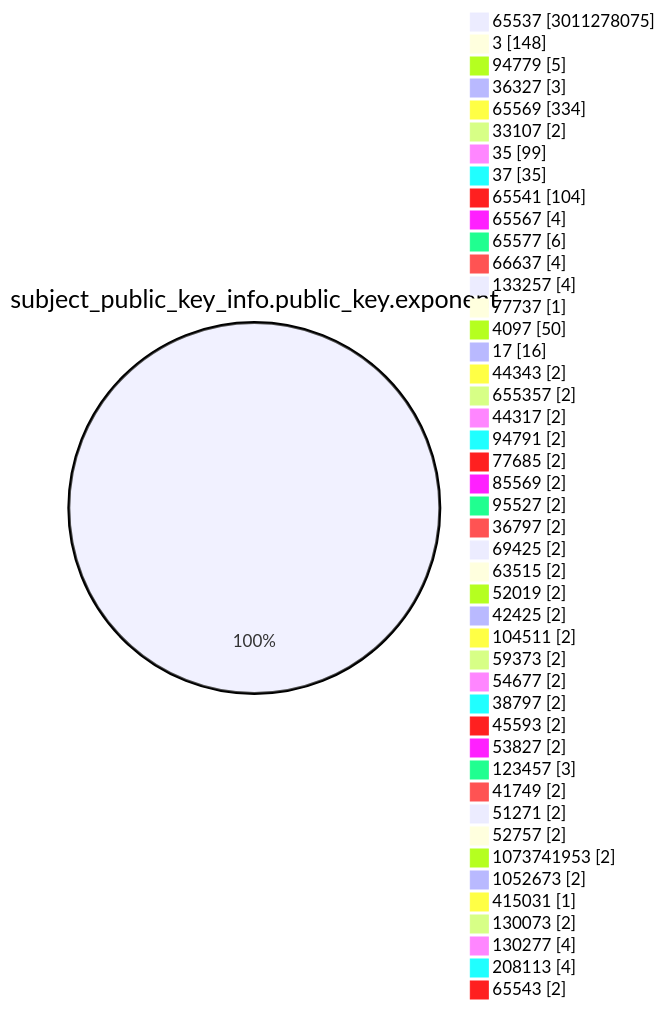
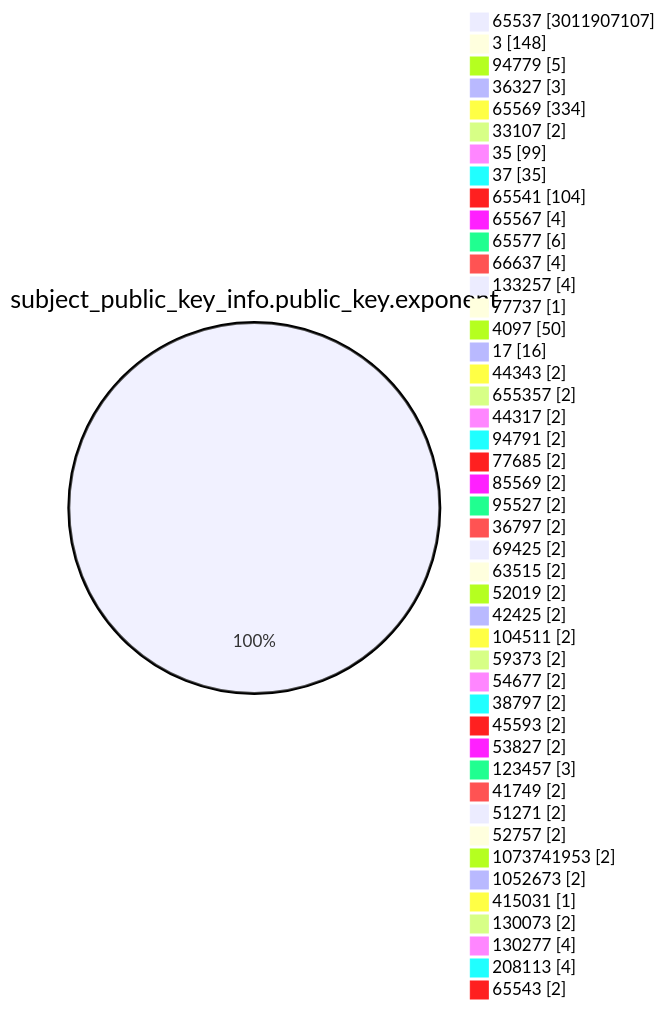
The fourth of 15 diagrams in TOTAL/README.md (christiankrug/ctmonitor_visualization), drawn with Mermaid before and after one commit. The commit also changed other lines of this file, not shown here.

````diff
--- a/TOTAL/README.md
+++ b/TOTAL/README.md
@@ -1472,49 +1472,49 @@
 ```mermaid
 pie showData
 title subject_public_key_info.public_key.exponent
-"65537" :3011278075
+"65537" :3011907107
 "3" :148
 "94779" :5
 "36327" :3
 "65569" :334
 "33107" :2
 "35" :99
 "37" :35
 "65541" :104
 "65567" :4
 "65577" :6
 "66637" :4
 "133257" :4
 "77737" :1
 "4097" :50
 "17" :16
 "44343" :2
 "655357" :2
 "44317" :2
 "94791" :2
 "77685" :2
 "85569" :2
 "95527" :2
 "36797" :2
 "69425" :2
 "63515" :2
 "52019" :2
 "42425" :2
 "104511" :2
 "59373" :2
 "54677" :2
 "38797" :2
 "45593" :2
 "53827" :2
 "123457" :3
 "41749" :2
 "51271" :2
 "52757" :2
 "1073741953" :2
 "1052673" :2
 "415031" :1
 "130073" :2
 "130277" :4
 "208113" :4
 "65543" :2
 ```
````
